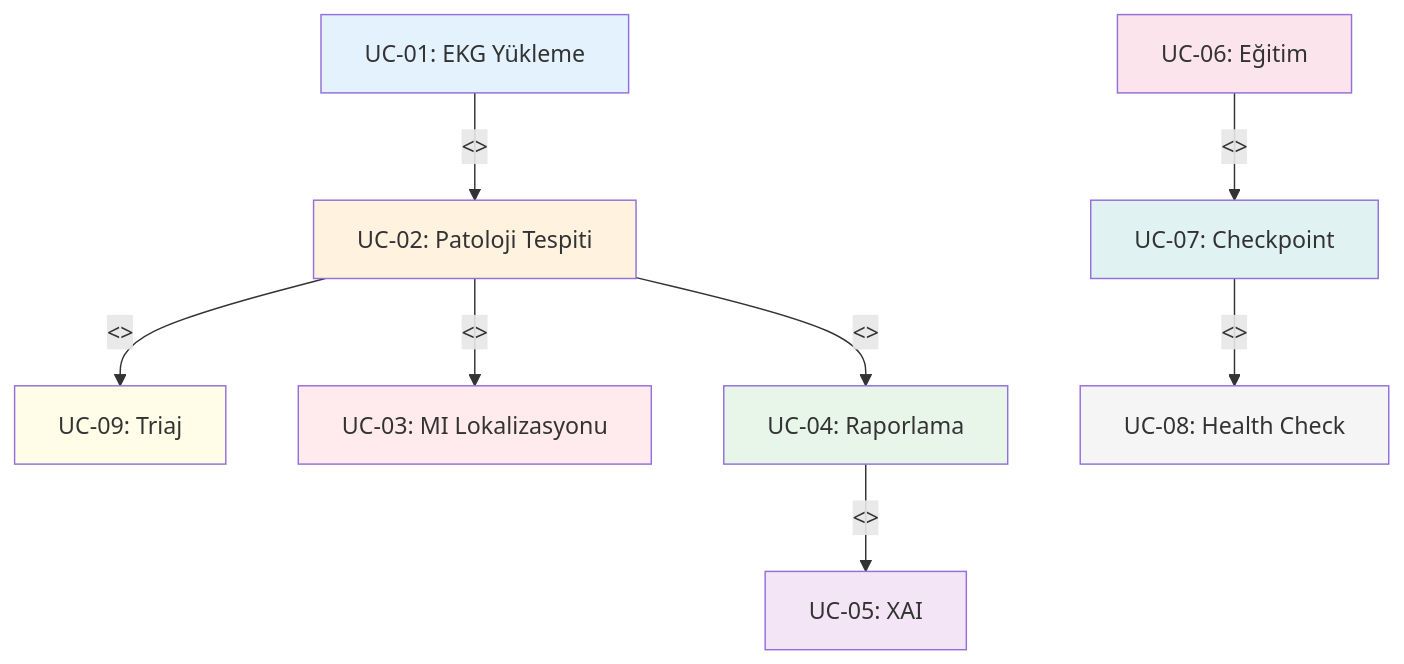
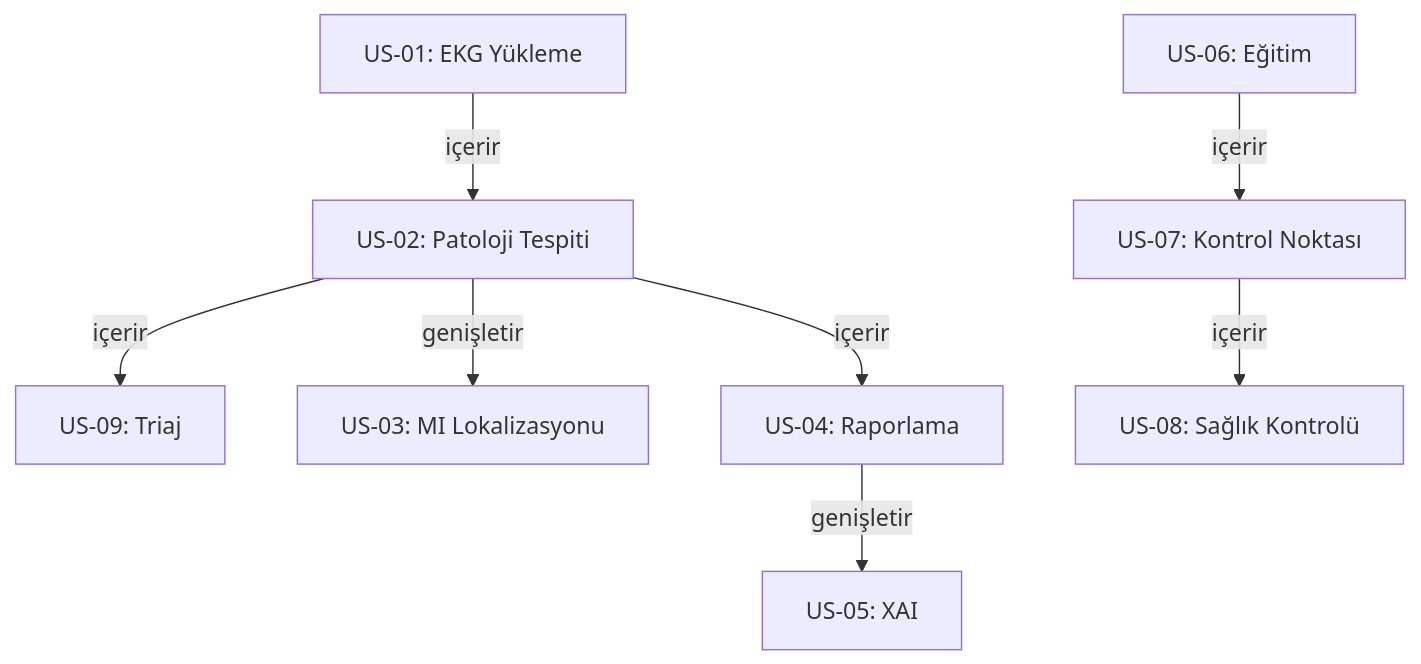
The eighth of 8 diagrams in docs/diagrams/02_use_case_diagram.md (mUsaulug/CardioGuard-AI), drawn with Mermaid before and after one commit. The commit also changed other lines of this file and 5 other files, not shown here.

````diff
--- a/docs/diagrams/02_use_case_diagram.md
+++ b/docs/diagrams/02_use_case_diagram.md
@@ -431,21 +364,11 @@
 ```mermaid
 graph TB
-    UC1[UC-01: EKG Yükleme] -->|<<includes>>| UC2[UC-02: Patoloji Tespiti]
-    UC2 -->|<<includes>>| UC9[UC-09: Triaj]
-    UC2 -->|<<extends>>| UC3[UC-03: MI Lokalizasyonu]
-    UC2 -->|<<includes>>| UC4[UC-04: Raporlama]
-    UC4 -->|<<extends>>| UC5[UC-05: XAI]
+    UC1["US-01: EKG Yükleme"] -->|içerir| UC2["US-02: Patoloji Tespiti"]
+    UC2 -->|içerir| UC9["US-09: Triaj"]
+    UC2 -->|genişletir| UC3["US-03: MI Lokalizasyonu"]
+    UC2 -->|içerir| UC4["US-04: Raporlama"]
+    UC4 -->|genişletir| UC5["US-05: XAI"]
     
-    UC6[UC-06: Eğitim] -->|<<includes>>| UC7[UC-07: Checkpoint]
-    UC7 -->|<<includes>>| UC8[UC-08: Health Check]
-    
-    style UC1 fill:#e3f2fd
-    style UC2 fill:#fff3e0
-    style UC3 fill:#ffebee
-    style UC4 fill:#e8f5e9
-    style UC5 fill:#f3e5f5
-    style UC6 fill:#fce4ec
-    style UC7 fill:#e0f2f1
-    style UC8 fill:#f5f5f5
-    style UC9 fill:#fffde7
+    UC6["US-06: Eğitim"] -->|içerir| UC7["US-07: Kontrol Noktası"]
+    UC7 -->|içerir| UC8["US-08: Sağlık Kontrolü"]
 ```
````
